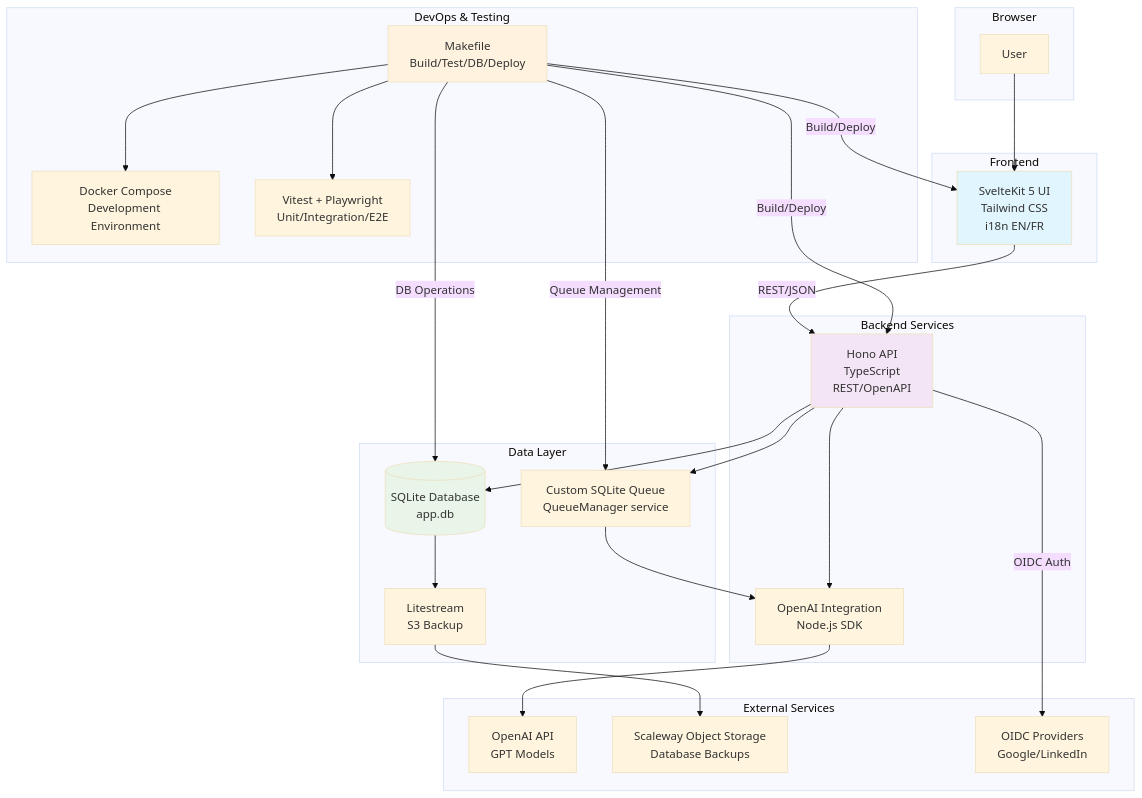
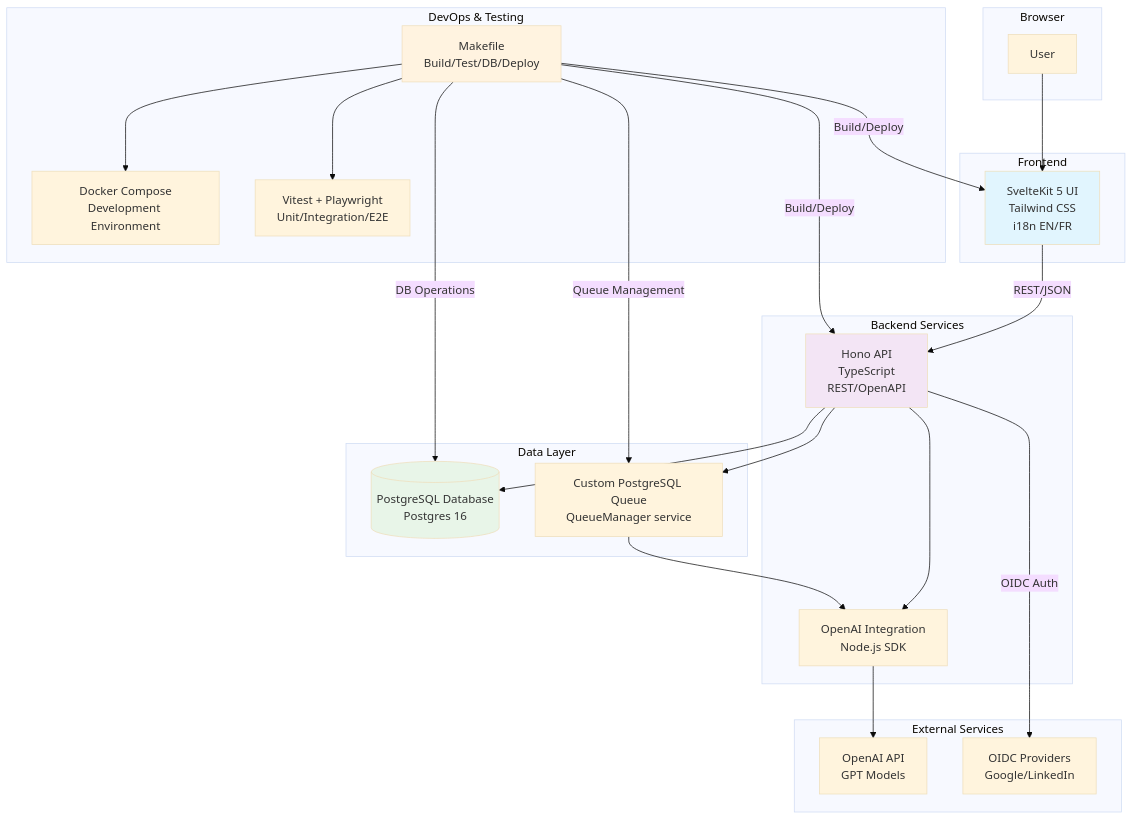
Before and after one commit to rhanka/sentropic: the diagram in .cursor/rules/architecture.mdc, drawn with Mermaid (base theme). The commit also changed other lines of this file and 2 other files, not shown here.

````diff
--- a/.cursor/rules/architecture.mdc
+++ b/.cursor/rules/architecture.mdc
@@ -21,56 +21,52 @@
 ```mermaid
 flowchart TB
     subgraph "Browser"
         User[User]
     end
     
     subgraph "Frontend"
         UI["SvelteKit 5 UI<br/>Tailwind CSS<br/>i18n EN/FR"]
     end
     
     subgraph "Backend Services"
         API["Hono API<br/>TypeScript<br/>REST/OpenAPI"]
         AI["OpenAI Integration<br/>Node.js SDK"]
     end
     
     subgraph "Data Layer"
-        DB[("SQLite Database<br/>app.db")]
-        Queue["Custom SQLite Queue<br/>QueueManager service"]
-        Backup["Litestream<br/>S3 Backup"]
+        DB[("PostgreSQL Database<br/>Postgres 16")]
+        Queue["Custom PostgreSQL Queue<br/>QueueManager service"]
     end
     
     subgraph "External Services"
         OpenAI["OpenAI API<br/>GPT Models"]
-        S3["Scaleway Object Storage<br/>Database Backups"]
         OIDC["OIDC Providers<br/>Google/LinkedIn"]
     end
     
     subgraph "DevOps & Testing"
         Docker["Docker Compose<br/>Development Environment"]
         Make["Makefile<br/>Build/Test/DB/Deploy"]
         Tests["Vitest + Playwright<br/>Unit/Integration/E2E"]
     end
     
     User --> UI
     UI -->|REST/JSON| API
     API --> AI
     AI --> OpenAI
     API --> DB
     API --> Queue
     Queue --> AI
-    DB --> Backup
-    Backup --> S3
     API -->|OIDC Auth| OIDC
     
     Make --> Docker
     Make --> Tests
     Make -->|DB Operations| DB
     Make -->|Queue Management| Queue
     Make -->|Build/Deploy| UI
     Make -->|Build/Deploy| API
     
     style UI fill:#e1f5fe
     style API fill:#f3e5f5
     style DB fill:#e8f5e8
     style Make fill:#fff3e0
 ```
````
